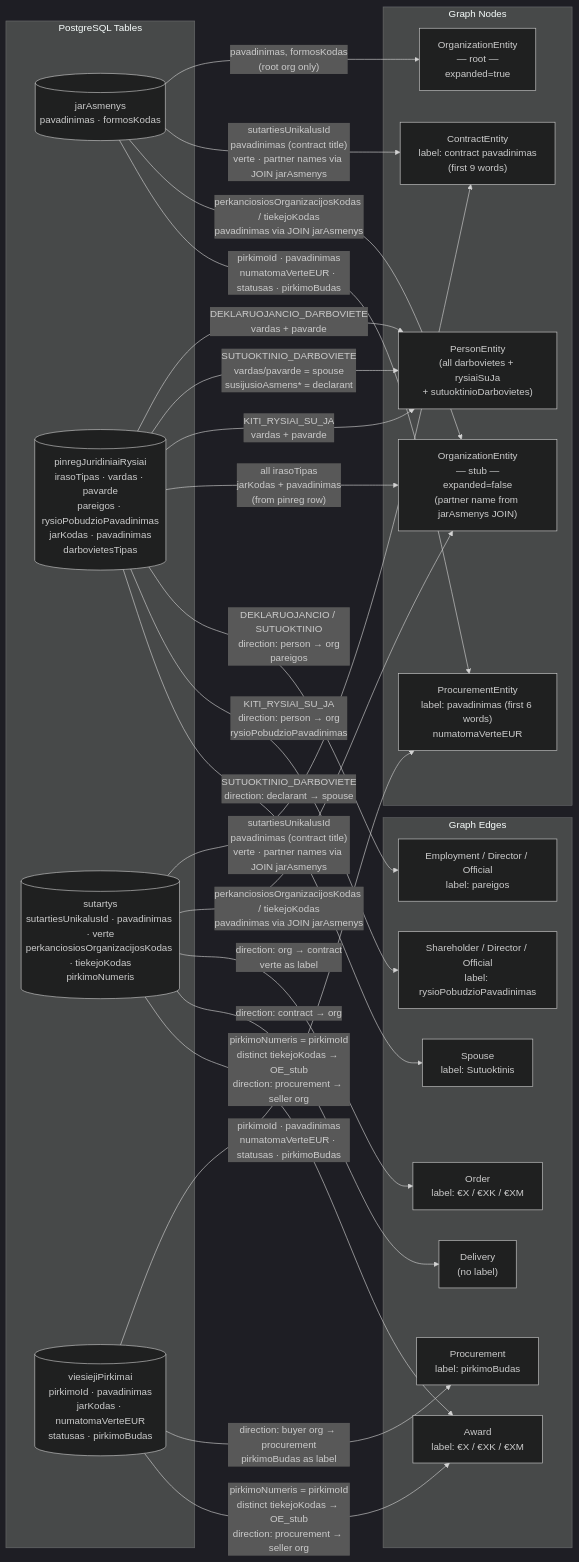
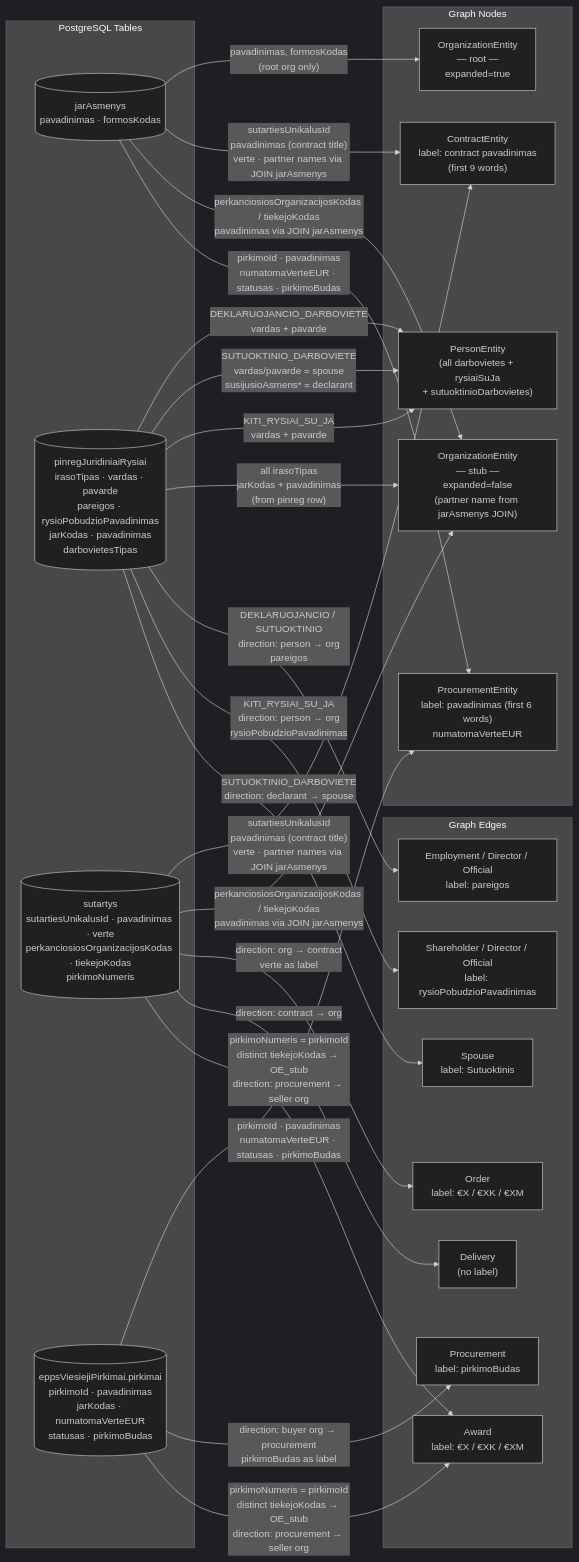
One commit to Viespirkiu-grupe/viespirkiai changed the first of 3 diagrams in docs/rysiai-spec.md. Above: the diagram before and after it, drawn with Mermaid (dark theme). The commit also changed other lines of this file and 29 other files, not shown here.

Commit message:
eppsViesiejiPirkimai iškėlimas į savo schema

````diff
--- a/docs/rysiai-spec.md
+++ b/docs/rysiai-spec.md
@@ -144,43 +144,43 @@
 ```mermaid
 flowchart LR
     subgraph DB["PostgreSQL Tables"]
         JC[("jarAsmenys\npavadinimas · formosKodas")]
         PR[("pinregJuridiniaiRysiai\nirasoTipas · vardas · pavarde\npareigos · rysioPobudzioPavadinimas\njarKodas · pavadinimas\ndarbovietesTipas")]
         ST[("sutartys\nsutartiesUnikalusId · pavadinimas · verte\nperkanciosiosOrganizacijosKodas · tiekejoKodas\npirkimoNumeris")]
-        VP[("viesiejiPirkimai\npirkimoId · pavadinimas\njarKodas · numatomaVerteEUR\nstatusas · pirkimoBudas")]
+        VP[("eppsViesiejiPirkimai.pirkimai\npirkimoId · pavadinimas\njarKodas · numatomaVerteEUR\nstatusas · pirkimoBudas")]
     end
 
     subgraph GN["Graph Nodes"]
         OE_root["OrganizationEntity\n— root —\nexpanded=true"]
         OE_stub["OrganizationEntity\n— stub —\nexpanded=false\n(partner name from jarAsmenys JOIN)"]
         PE["PersonEntity\n(all darbovietes + rysiaiSuJa\n+ sutuoktinioDarbovietes)"]
         CE["ContractEntity\nlabel: contract pavadinimas\n(first 9 words)"]
         VPE["ProcurementEntity\nlabel: pavadinimas (first 6 words)\nnumatomaVerteEUR"]
     end
 
     subgraph GE["Graph Edges"]
         E1["Employment / Director / Official\nlabel: pareigos"]
         E2["Shareholder / Director / Official\nlabel: rysioPobudzioPavadinimas"]
         E3["Spouse\nlabel: Sutuoktinis"]
         E4["Order\nlabel: €X / €XK / €XM"]
         E5["Delivery\n(no label)"]
         E6["Procurement\nlabel: pirkimoBudas"]
         E7["Award\nlabel: €X / €XK / €XM"]
     end
 
     JC -->|" pavadinimas, formosKodas\n(root org only) "| OE_root
     PR -->|" DEKLARUOJANCIO_DARBOVIETE\nvardas + pavarde "| PE
     PR -->|" SUTUOKTINIO_DARBOVIETE\nvardas/pavarde = spouse\nsusijusioAsmens* = declarant "| PE
     PR -->|" KITI_RYSIAI_SU_JA\nvardas + pavarde "| PE
     PR -->|" all irasoTipas\njarKodas + pavadinimas\n(from pinreg row) "| OE_stub
     PR -->|" DEKLARUOJANCIO / SUTUOKTINIO\ndirection: person → org\npareigos "| E1
     PR -->|" KITI_RYSIAI_SU_JA\ndirection: person → org\nrysioPobudzioPavadinimas "| E2
     PR -->|" SUTUOKTINIO_DARBOVIETE\ndirection: declarant → spouse "| E3
     ST & JC -->|" sutartiesUnikalusId\npavadinimas (contract title)\nverte · partner names via JOIN jarAsmenys "| CE
     ST & JC -->|" perkanciosiosOrganizacijosKodas / tiekejoKodas\npavadinimas via JOIN jarAsmenys "| OE_stub
     ST -->|" direction: org → contract\nverte as label "| E4
     ST -->|" direction: contract → org "| E5
     VP & JC -->|" pirkimoId · pavadinimas\nnumatomaVerteEUR · statusas · pirkimoBudas "| VPE
     VP -->|" direction: buyer org → procurement\npirkimoBudas as label "| E6
     ST & VP -->|" pirkimoNumeris = pirkimoId\ndistinct tiekejoKodas → OE_stub\ndirection: procurement → seller org "| E7
 ```
````
